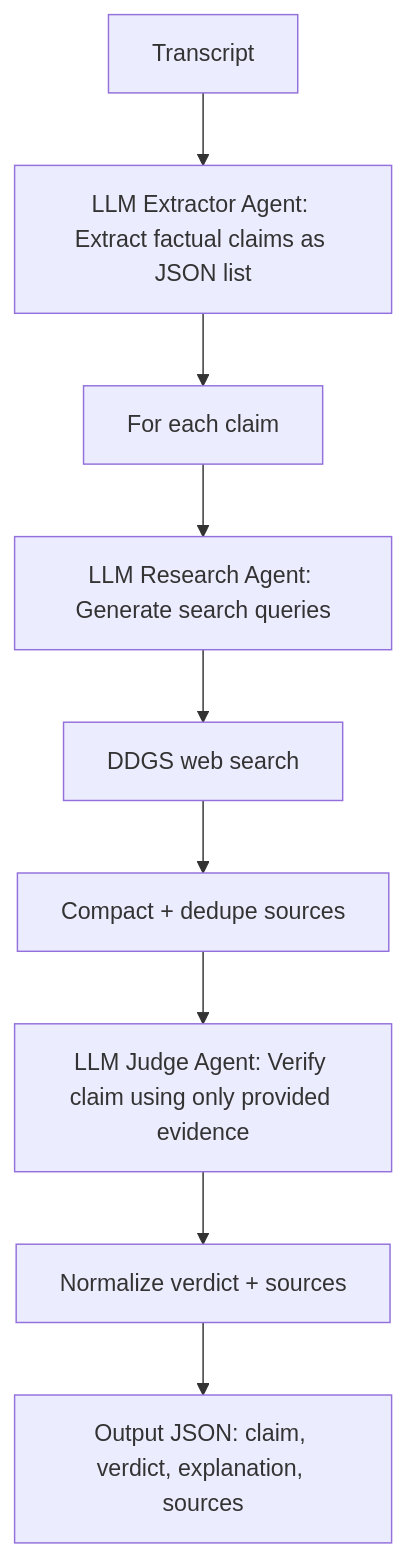
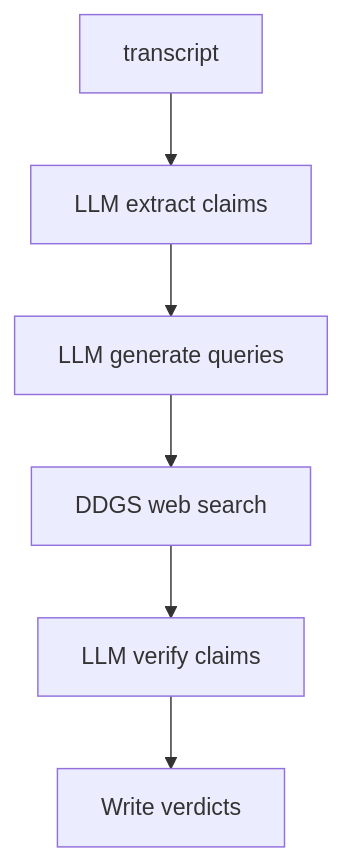
One commit to Tilmanzzz/media-lens changed the fourth of 6 diagrams in docs/silver_enriched.md. Above: the diagram before and after it, drawn with Mermaid. The commit also changed other lines of this file and 6 other files, not shown here.

````diff
--- a/docs/silver_enriched.md
+++ b/docs/silver_enriched.md
@@ -129,11 +79,8 @@
 ```mermaid
 flowchart TD
-    A[Transcript] --> B[LLM Extractor Agent: Extract factual claims as JSON list]
-    B --> C[For each claim]
-    C --> D[LLM Research Agent: Generate search queries]
-    D --> E[DDGS web search]
-    E --> F[Compact + dedupe sources]
-    F --> G[LLM Judge Agent: Verify claim using only provided evidence]
-    G --> H[Normalize verdict + sources]
-    H --> I[Output JSON: claim, verdict, explanation, sources]
+    A[transcript] --> B[LLM extract claims]
+    B --> C[LLM generate queries]
+    C --> D[DDGS web search]
+    D --> E[LLM verify claims]
+    E --> F[Write verdicts]
 ```
````
